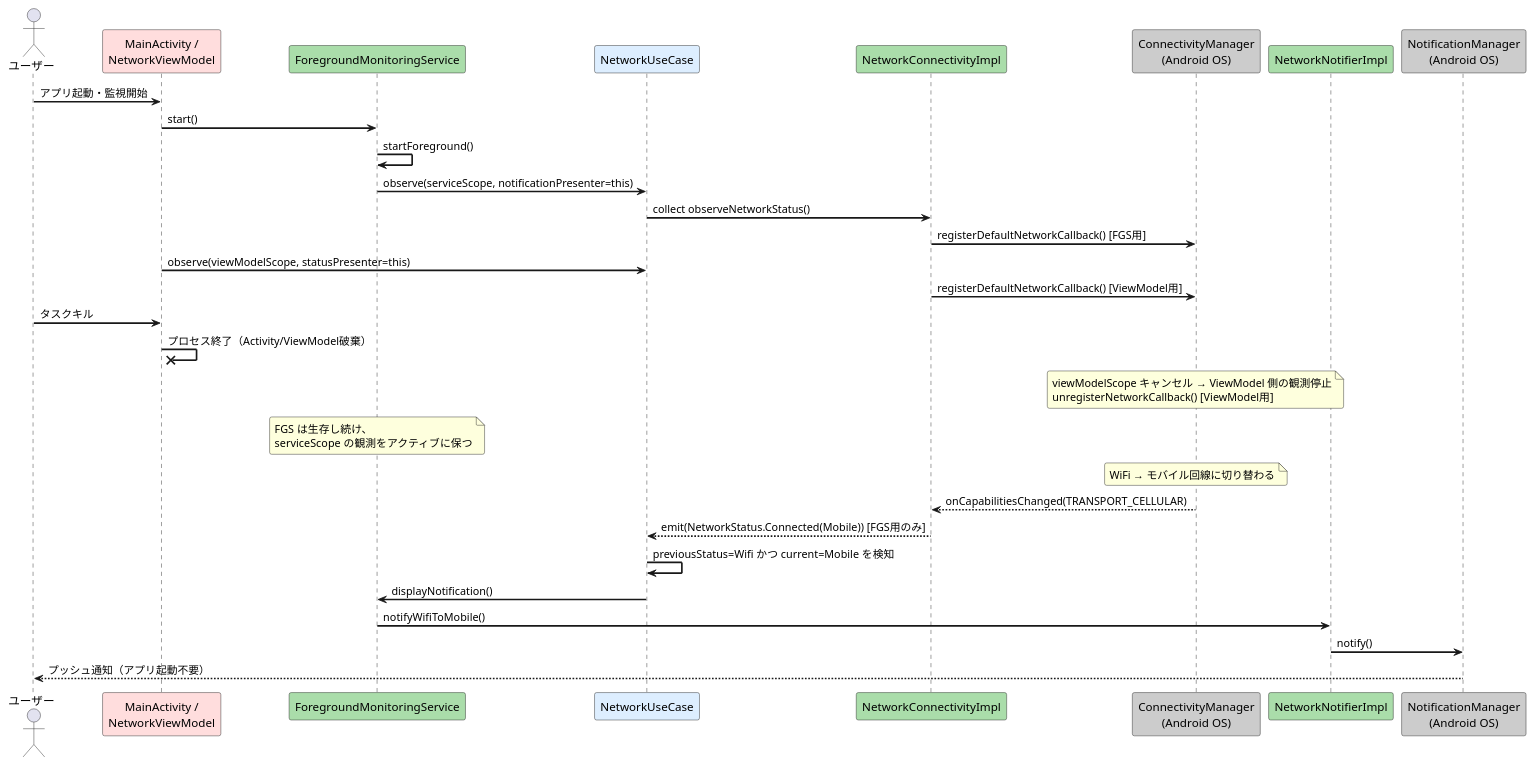
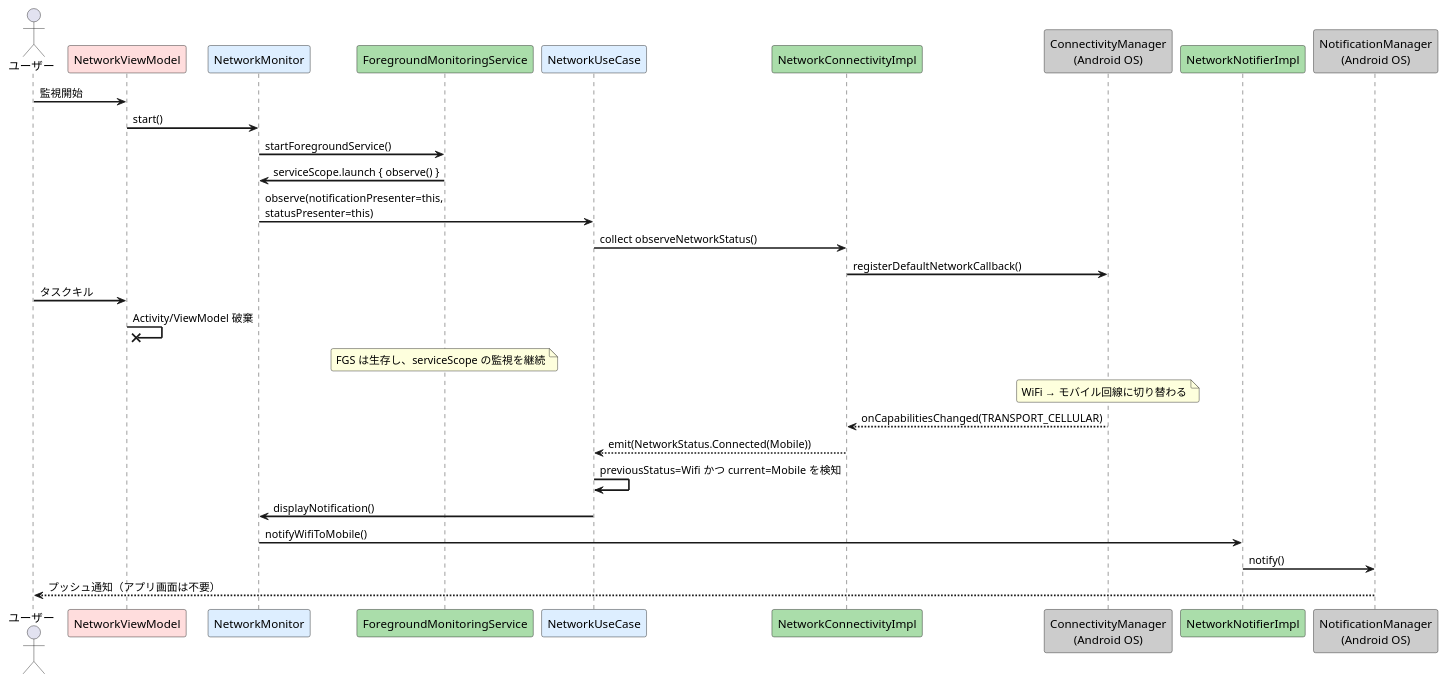
One commit to kyo1941/wifi-observer changed the third of 4 diagrams in docs/notification-sequence.md. Above: the diagram before and after it, drawn with PlantUML. The commit also changed other lines of this file and 2 other files, not shown here.

````diff
--- a/docs/notification-sequence.md
+++ b/docs/notification-sequence.md
@@ -63,41 +89,38 @@
 ```plantuml
 @startuml
 skinparam sequenceArrowThickness 2
 skinparam roundcorner 5
 
 actor ユーザー
-participant "MainActivity /\nNetworkViewModel" as ViewModel #FFDDDD
+participant "NetworkViewModel" as ViewModel #FFDDDD
+participant "NetworkMonitor" as Monitor #DDEEFF
 participant "ForegroundMonitoringService" as Service #AADDAA
 participant "NetworkUseCase" as UseCase #DDEEFF
 participant "NetworkConnectivityImpl" as Connectivity #AADDAA
 participant "ConnectivityManager\n(Android OS)" as OS #CCCCCC
 participant "NetworkNotifierImpl" as Notifier #AADDAA
 participant "NotificationManager\n(Android OS)" as NotifOS #CCCCCC
 
-ユーザー -> ViewModel: アプリ起動・監視開始
-ViewModel -> Service: start()
-Service -> Service: startForeground()
-Service -> UseCase: observe(serviceScope, notificationPresenter=this)
+ユーザー -> ViewModel: 監視開始
+ViewModel -> Monitor: start()
+Monitor -> Service: startForegroundService()
+Service -> Monitor: serviceScope.launch { observe() }
+Monitor -> UseCase: observe(notificationPresenter=this,\nstatusPresenter=this)
 UseCase -> Connectivity: collect observeNetworkStatus()
-Connectivity -> OS: registerDefaultNetworkCallback() [FGS用]
-
-ViewModel -> UseCase: observe(viewModelScope, statusPresenter=this)
-Connectivity -> OS: registerDefaultNetworkCallback() [ViewModel用]
+Connectivity -> OS: registerDefaultNetworkCallback()
 
 ユーザー -> ViewModel: タスクキル
-ViewModel ->x ViewModel: プロセス終了（Activity/ViewModel破棄）
-note over OS: viewModelScope キャンセル → ViewModel 側の観測停止\nunregisterNetworkCallback() [ViewModel用]
-note over Service: FGS は生存し続け、\nserviceScope の観測をアクティブに保つ
+ViewModel ->x ViewModel: Activity/ViewModel 破棄
+note over Service: FGS は生存し、serviceScope の監視を継続
 
 note over OS: WiFi → モバイル回線に切り替わる
 
 OS --> Connectivity: onCapabilitiesChanged(TRANSPORT_CELLULAR)
-Connectivity --> UseCase: emit(NetworkStatus.Connected(Mobile)) [FGS用のみ]
-
+Connectivity --> UseCase: emit(NetworkStatus.Connected(Mobile))
 UseCase -> UseCase: previousStatus=Wifi かつ current=Mobile を検知
-UseCase -> Service: displayNotification()
-Service -> Notifier: notifyWifiToMobile()
+UseCase -> Monitor: displayNotification()
+Monitor -> Notifier: notifyWifiToMobile()
 Notifier -> NotifOS: notify()
-NotifOS --> ユーザー: プッシュ通知（アプリ起動不要）
+NotifOS --> ユーザー: プッシュ通知（アプリ画面は不要）
 @enduml
 ```
````
